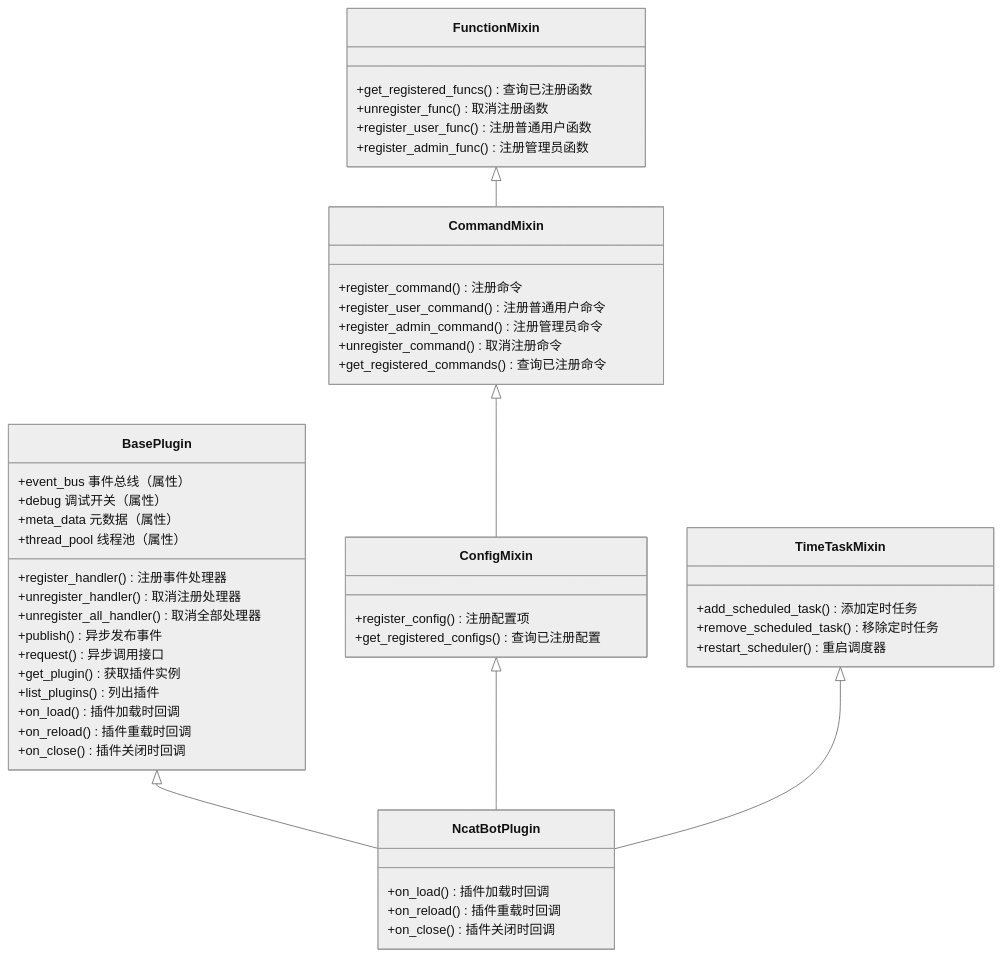
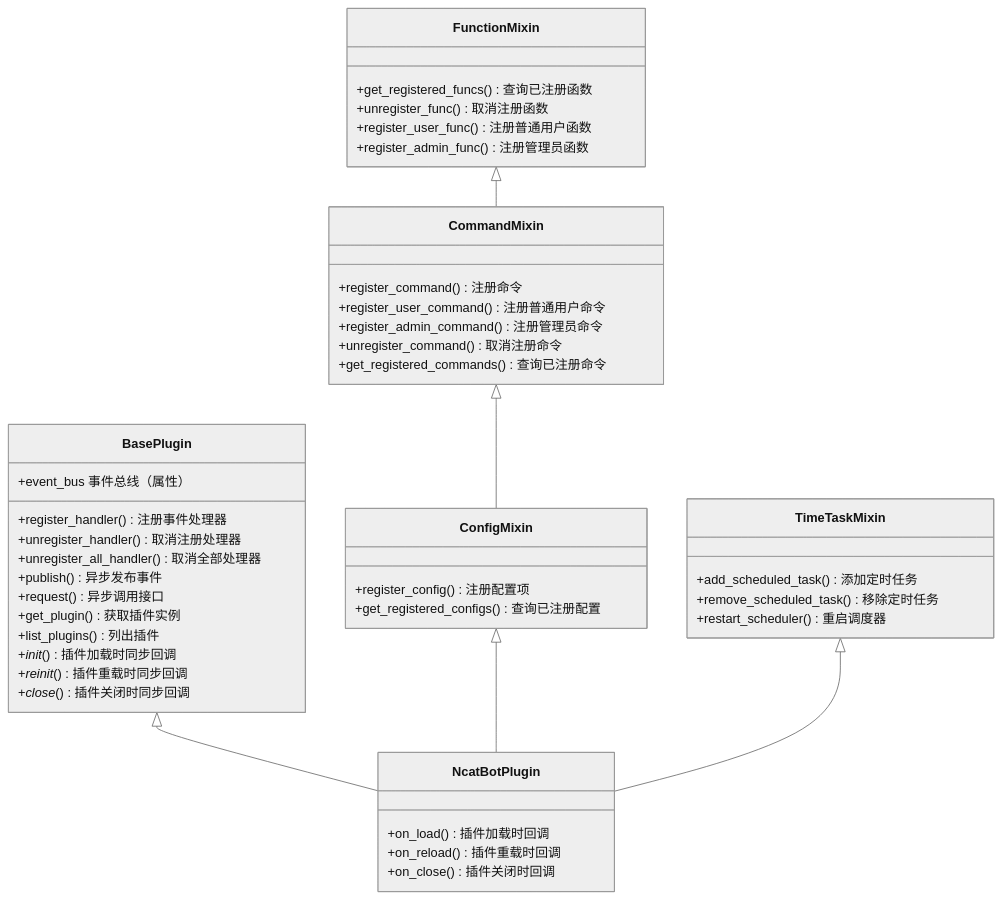
Before and after one commit to huan-yp/NcatBotDocs: the first of 2 diagrams in docs/notes/guide/7. 插件系统/1. 介绍.md, drawn with Mermaid (neutral theme). The commit also changed other lines of this file and 16 other files, not shown here.

````diff
--- a/docs/notes/guide/7. 插件系统/1. 介绍.md
+++ b/docs/notes/guide/7. 插件系统/1. 介绍.md
@@ -63,57 +63,54 @@
 ```mermaid
 classDiagram
     class FunctionMixin {
         +get_registered_funcs()          查询已注册函数
         +unregister_func()               取消注册函数
         +register_user_func()            注册普通用户函数
         +register_admin_func()           注册管理员函数
     }
 
     class CommandMixin {
         +register_command()              注册命令
         +register_user_command()         注册普通用户命令
         +register_admin_command()        注册管理员命令
         +unregister_command()            取消注册命令
         +get_registered_commands()       查询已注册命令
     }
 
     class ConfigMixin {
         +register_config()               注册配置项
         +get_registered_configs()        查询已注册配置
     }
 
     class TimeTaskMixin {
         +add_scheduled_task()            添加定时任务
         +remove_scheduled_task()         移除定时任务
         +restart_scheduler()             重启调度器
     }
 
     class BasePlugin {
         +event_bus                       事件总线（属性）
-        +debug                           调试开关（属性）
-        +meta_data                       元数据（属性）
-        +thread_pool                     线程池（属性）
         +register_handler()              注册事件处理器
         +unregister_handler()            取消注册处理器
         +unregister_all_handler()        取消全部处理器
         +publish()                       异步发布事件
         +request()                       异步调用接口
         +get_plugin()                    获取插件实例
         +list_plugins()                  列出插件
-        +on_load()                       插件加载时回调
-        +on_reload()                     插件重载时回调
-        +on_close()                      插件关闭时回调
+        +_init_()                       插件加载时同步回调
+        +_reinit_()                     插件重载时同步回调
+        +_close_()                      插件关闭时同步回调
     }
 
     class NcatBotPlugin {
         +on_load()                       插件加载时回调
         +on_reload()                     插件重载时回调
         +on_close()                      插件关闭时回调
     }
 
     FunctionMixin <|-- CommandMixin
     CommandMixin  <|-- ConfigMixin
     BasePlugin    <|-- NcatBotPlugin
     ConfigMixin   <|-- NcatBotPlugin
     TimeTaskMixin <|-- NcatBotPlugin
 ```
````
